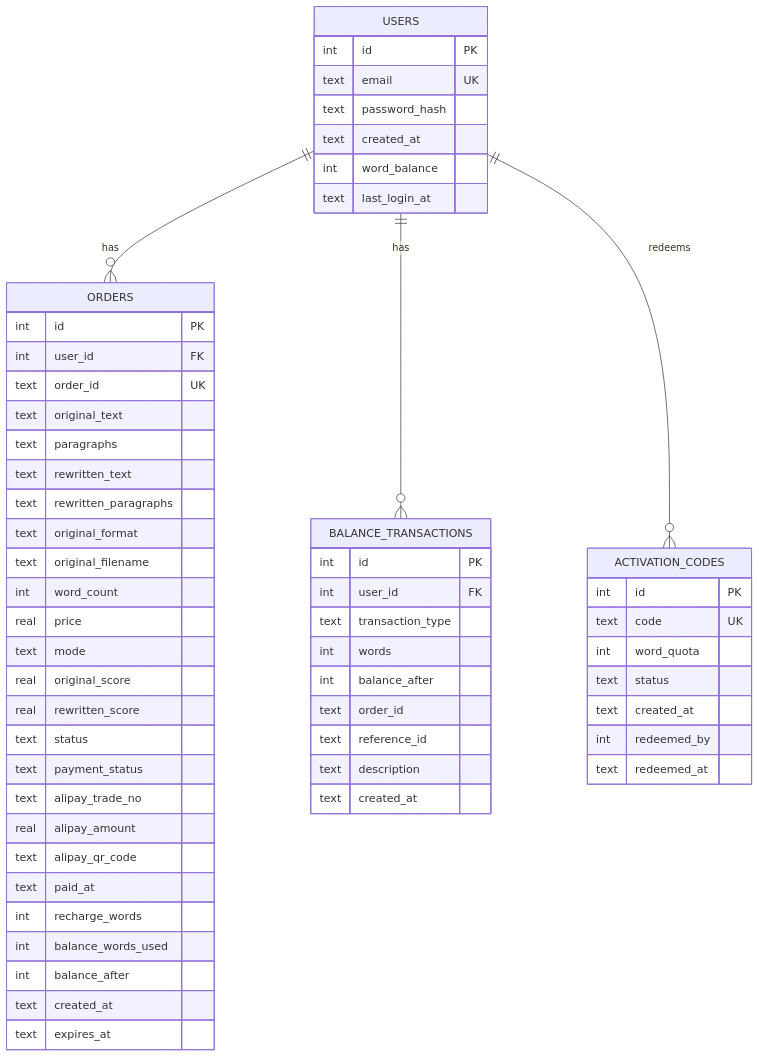
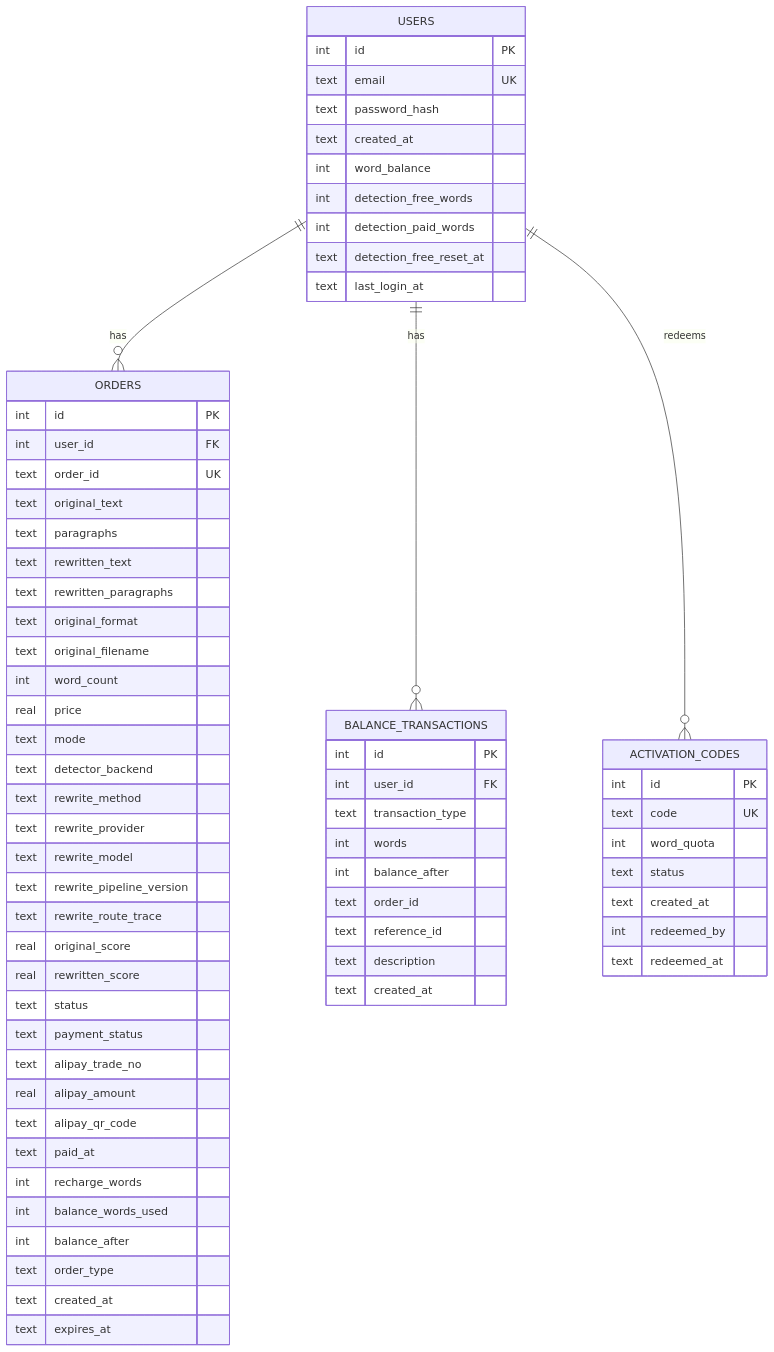
The fifth of 12 diagrams in docs/技术方案.md (ipengai/aigc-humanizer-en), drawn with Mermaid before and after one commit. The commit also changed other lines of this file and 68 other files, not shown here.

Commit message:
feat: add v2 detection routing and detector product

````diff
--- a/docs/技术方案.md
+++ b/docs/技术方案.md
@@ -267,65 +286,75 @@
 ```mermaid
 erDiagram
     USERS {
         int id PK
         text email UK
         text password_hash
         text created_at
         int word_balance
+        int detection_free_words
+        int detection_paid_words
+        text detection_free_reset_at
         text last_login_at
     }
 
     ORDERS {
         int id PK
         int user_id FK
         text order_id UK
         text original_text
         text paragraphs
         text rewritten_text
         text rewritten_paragraphs
         text original_format
         text original_filename
         int word_count
         real price
         text mode
+        text detector_backend
+        text rewrite_method
+        text rewrite_provider
+        text rewrite_model
+        text rewrite_pipeline_version
+        text rewrite_route_trace
         real original_score
         real rewritten_score
         text status
         text payment_status
         text alipay_trade_no
         real alipay_amount
         text alipay_qr_code
         text paid_at
         int recharge_words
         int balance_words_used
         int balance_after
+        text order_type
         text created_at
         text expires_at
     }
 
     ACTIVATION_CODES {
         int id PK
         text code UK
         int word_quota
         text status
         text created_at
         int redeemed_by
         text redeemed_at
     }
 
     BALANCE_TRANSACTIONS {
         int id PK
         int user_id FK
         text transaction_type
         int words
         int balance_after
         text order_id
         text reference_id
         text description
         text created_at
     }
 
     USERS ||--o{ ORDERS : "has"
     USERS ||--o{ BALANCE_TRANSACTIONS : "has"
     USERS ||--o{ ACTIVATION_CODES : "redeems"
 ```
````
